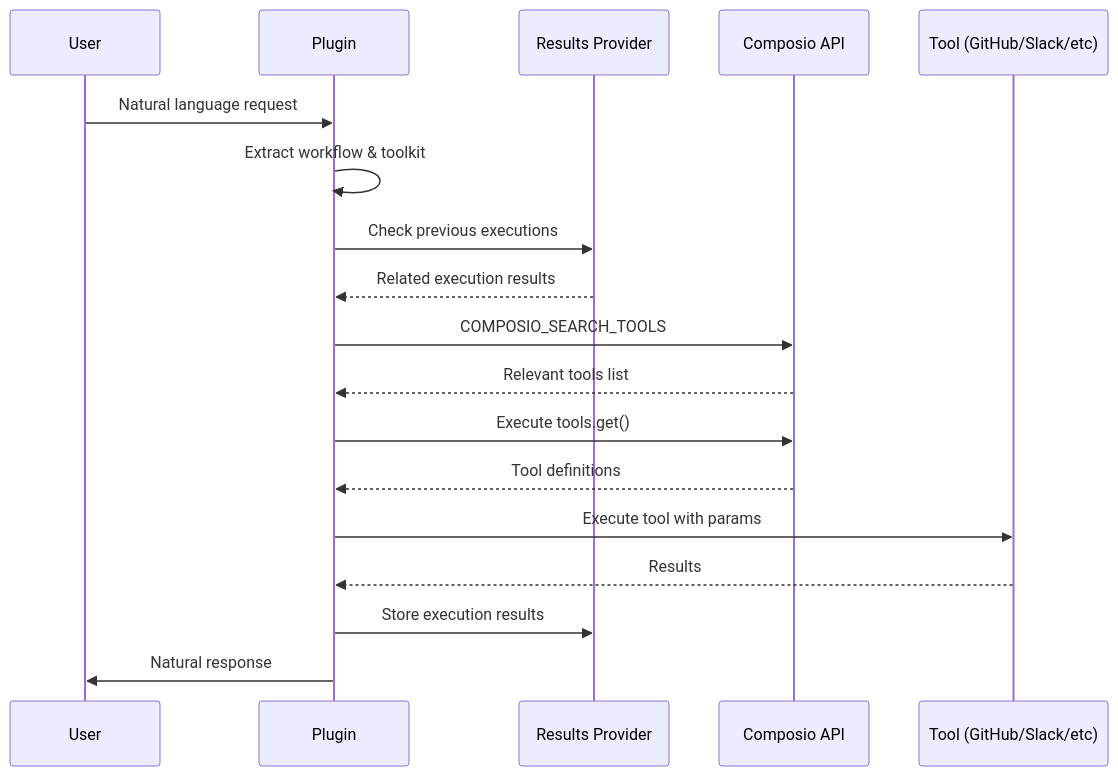
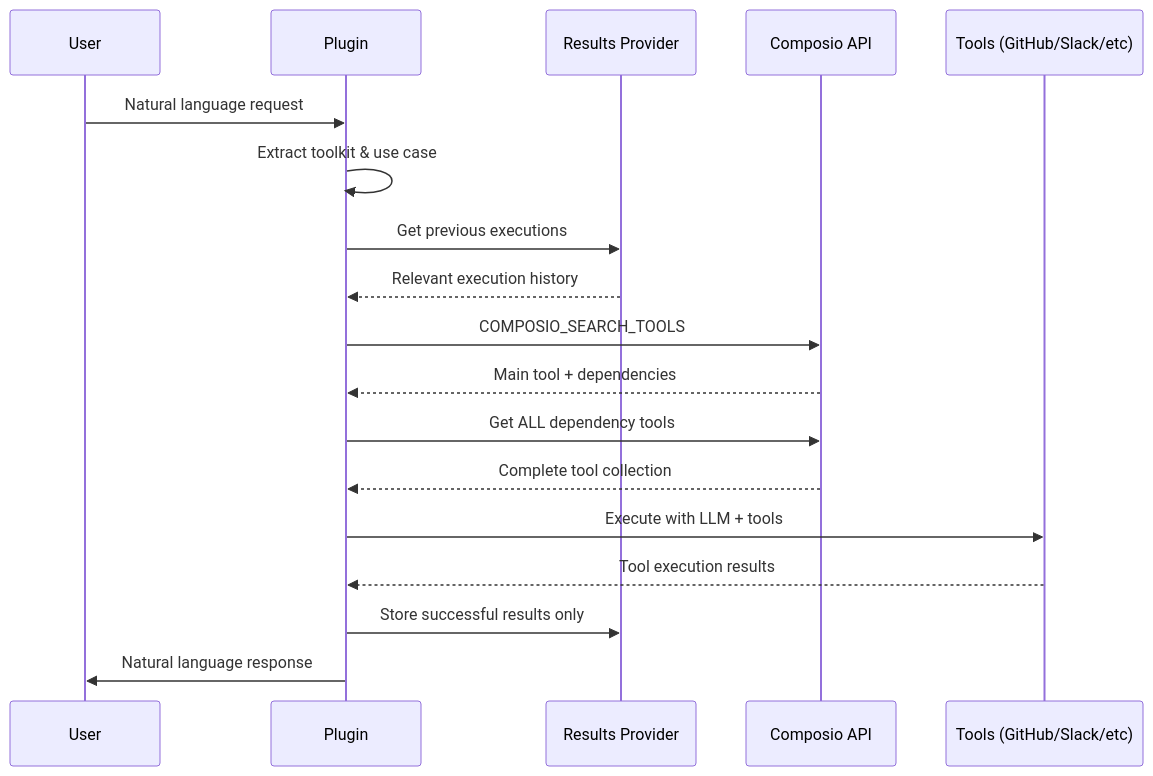
One commit to standujar/plugin-composio changed the second of 2 diagrams in README.md. Above: the diagram before and after it, drawn with Mermaid. The commit also changed other lines of this file and 1 other file, not shown here.

````diff
--- a/README.md
+++ b/README.md
@@ -205,21 +238,21 @@
 ```mermaid
 sequenceDiagram
     participant U as User
     participant P as Plugin
     participant R as Results Provider
     participant C as Composio API
-    participant T as Tool (GitHub/Slack/etc)
+    participant T as Tools (GitHub/Slack/etc)
     
     U->>P: Natural language request
-    P->>P: Extract workflow & toolkit
-    P->>R: Check previous executions
-    R-->>P: Related execution results
+    P->>P: Extract toolkit & use case
+    P->>R: Get previous executions
+    R-->>P: Relevant execution history
     P->>C: COMPOSIO_SEARCH_TOOLS
-    C-->>P: Relevant tools list
-    P->>C: Execute tools.get()
-    C-->>P: Tool definitions
-    P->>T: Execute tool with params
-    T-->>P: Results
-    P->>R: Store execution results
-    P->>U: Natural response
+    C-->>P: Main tool + dependencies
+    P->>C: Get ALL dependency tools
+    C-->>P: Complete tool collection
+    P->>T: Execute with LLM + tools
+    T-->>P: Tool execution results
+    P->>R: Store successful results only
+    P->>U: Natural language response
 ```
````
